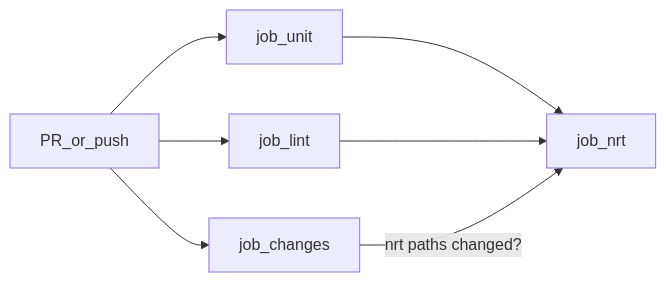
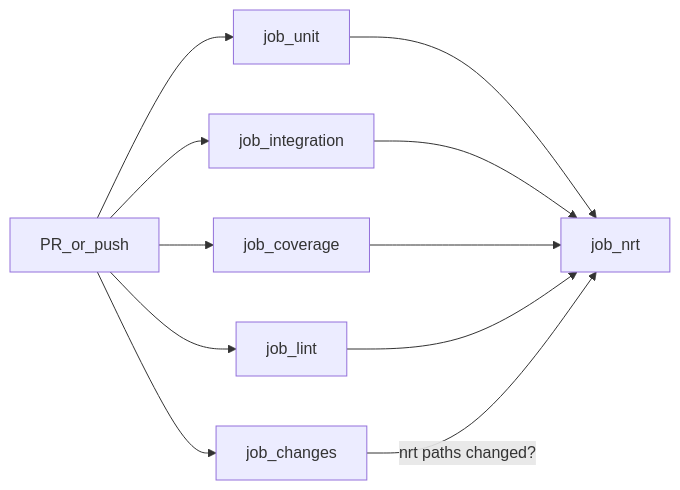
One commit to rnouteau/SportAI changed the diagram in README.md. Above: the diagram before and after it, drawn with Mermaid. The commit also changed other lines of this file and 10 other files, not shown here.

First line of the commit message:
Add integration tests and coverage reporting to CI workflow

````diff
--- a/README.md
+++ b/README.md
@@ -742,9 +781,13 @@
 ```mermaid
 flowchart LR
     pr[PR_or_push] --> unit[job_unit]
+    pr --> integration[job_integration]
+    pr --> coverage[job_coverage]
     pr --> lint[job_lint]
     pr --> changes[job_changes]
     unit --> nrt[job_nrt]
+    integration --> nrt
+    coverage --> nrt
     lint --> nrt
     changes -->|"nrt paths changed?"| nrt
 ```
````
